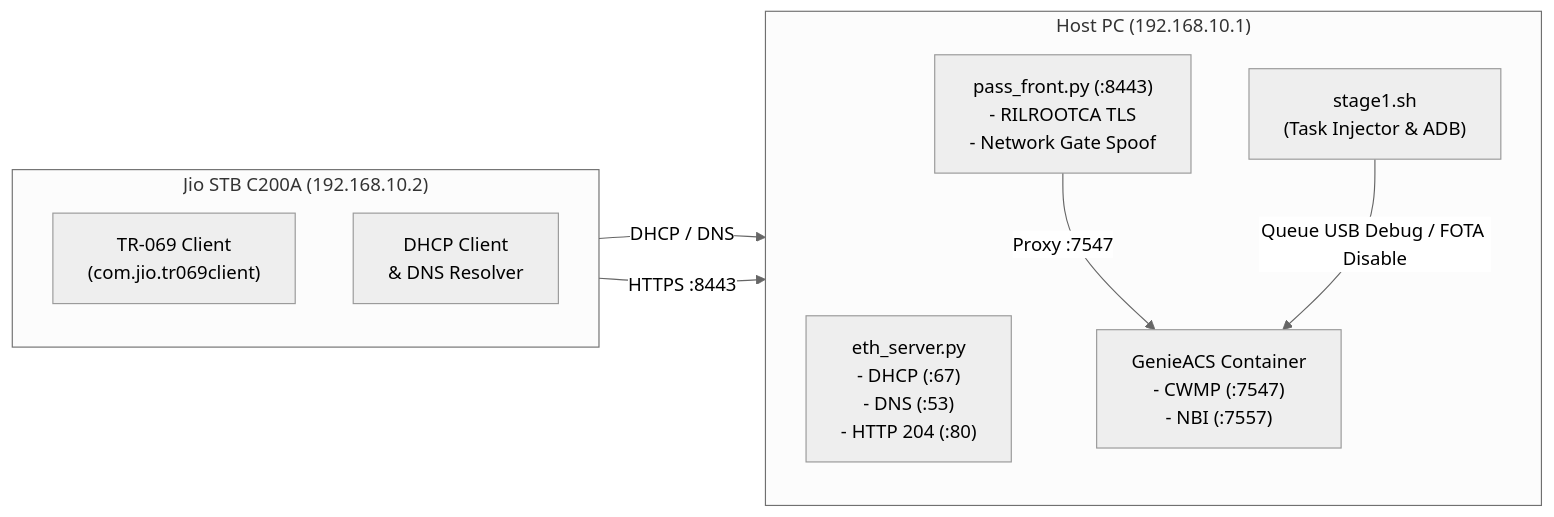
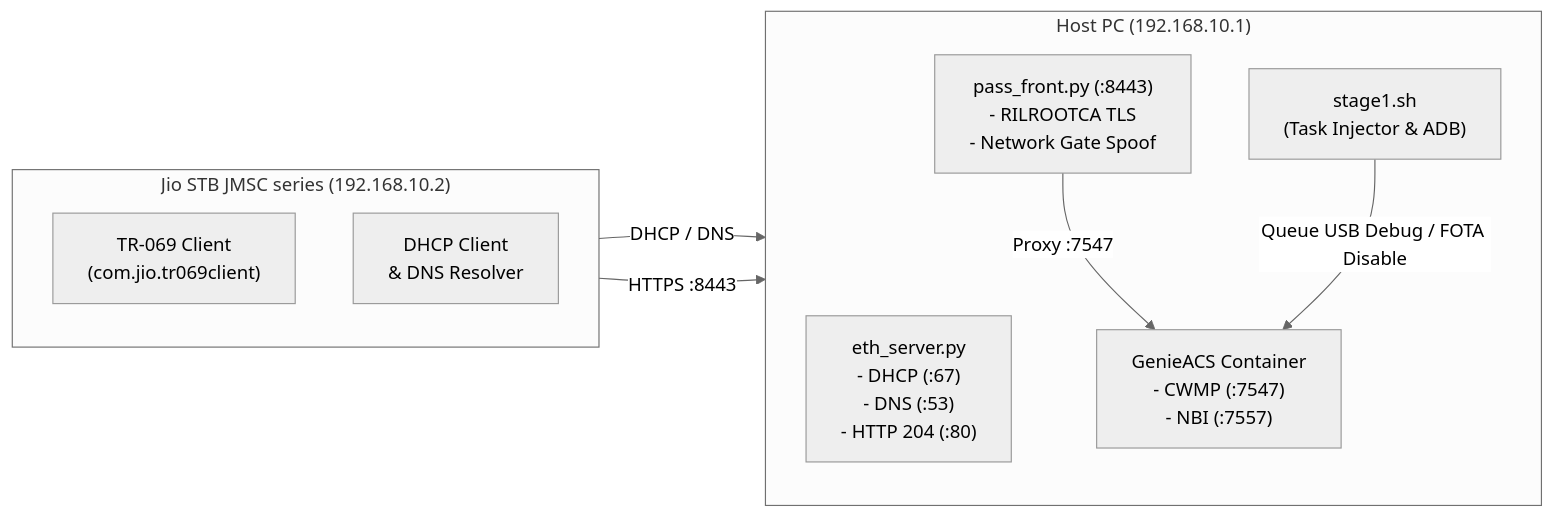
The diagram in README.md (ramneet4002/STB-Comprehensive-Guide), drawn with Mermaid (neutral theme) before and after one commit. The commit also changed other lines of this file and 2 other files, not shown here.

````diff
--- a/README.md
+++ b/README.md
@@ -120,21 +120,21 @@
 ```mermaid
 flowchart LR
-    subgraph STB ["Jio STB C200A (192.168.10.2)"]
+    subgraph STB ["Jio STB JMSC series (192.168.10.2)"]
         direction TB
         Client["TR-069 Client\n(com.jio.tr069client)"]
         ClientNet["DHCP Client\n& DNS Resolver"]
     end
 
     subgraph PC ["Host PC (192.168.10.1)"]
         direction TB
         EthHelper["eth_server.py\n- DHCP (:67)\n- DNS (:53)\n- HTTP 204 (:80)"]
         PassFront["pass_front.py (:8443)\n- RILROOTCA TLS\n- Network Gate Spoof"]
         GenieACS["GenieACS Container\n- CWMP (:7547)\n- NBI (:7557)"]
         Stage1["stage1.sh\n(Task Injector & ADB)"]
     end
 
     ClientNet -- "DHCP / DNS" --> EthHelper
     Client -- "HTTPS :8443" --> PassFront
     PassFront -- "Proxy :7547" --> GenieACS
     Stage1 -- "Queue USB Debug / FOTA Disable" --> GenieACS
 ```
````
